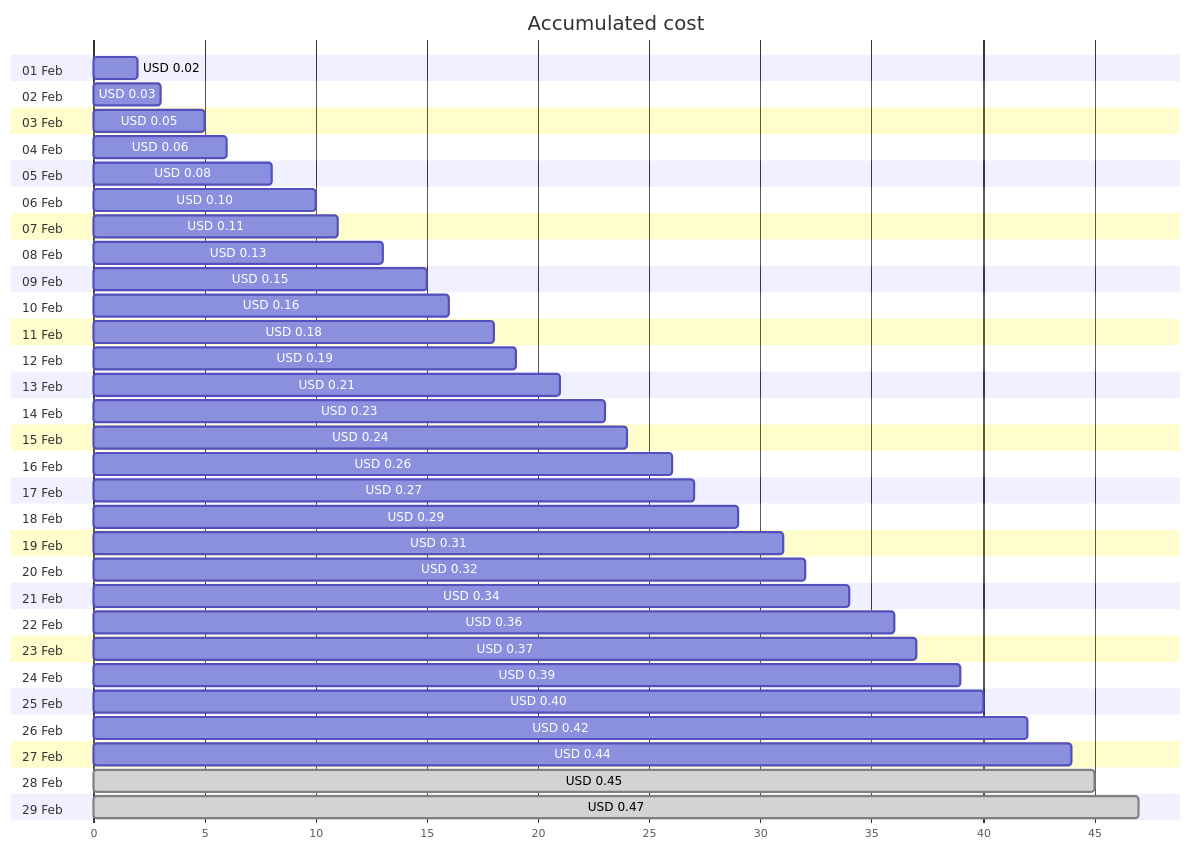
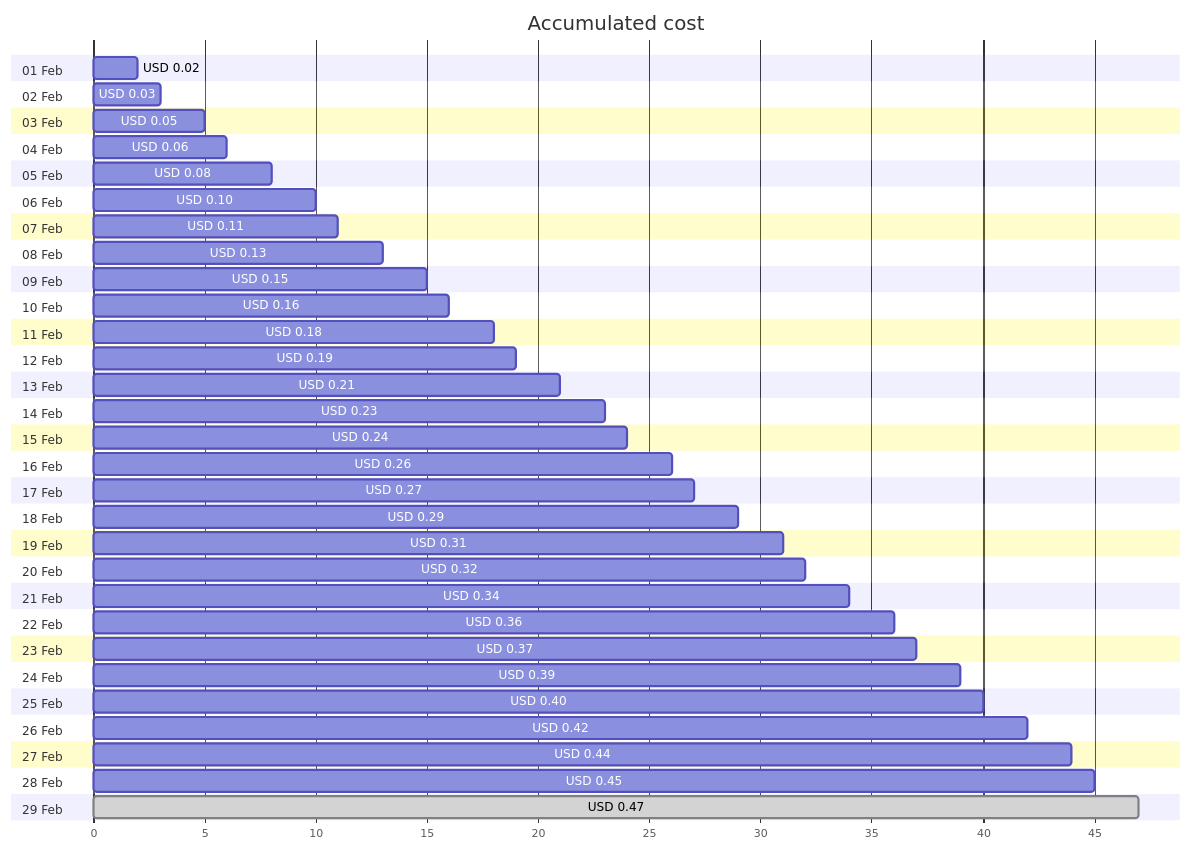
The first of 4 diagrams in cost-reports/personal-network/private.jpatrickfulton.com.md (jpfulton/azure-personal-reports), drawn with Mermaid before and after one commit. The commit also changed other lines of this file and 8 other files, not shown here.

````diff
--- a/cost-reports/personal-network/private.jpatrickfulton.com.md
+++ b/cost-reports/personal-network/private.jpatrickfulton.com.md
@@ -20,64 +20,64 @@
 ```mermaid
 gantt
    title Accumulated cost
    dateFormat  X
    axisFormat %s
    section 01 Feb
    USD 0.02 :0, 2
    section 02 Feb
    USD 0.03 :0, 3
    section 03 Feb
    USD 0.05 :0, 5
    section 04 Feb
    USD 0.06 :0, 6
    section 05 Feb
    USD 0.08 :0, 8
    section 06 Feb
    USD 0.10 :0, 10
    section 07 Feb
    USD 0.11 :0, 11
    section 08 Feb
    USD 0.13 :0, 13
    section 09 Feb
    USD 0.15 :0, 15
    section 10 Feb
    USD 0.16 :0, 16
    section 11 Feb
    USD 0.18 :0, 18
    section 12 Feb
    USD 0.19 :0, 19
    section 13 Feb
    USD 0.21 :0, 21
    section 14 Feb
    USD 0.23 :0, 23
    section 15 Feb
    USD 0.24 :0, 24
    section 16 Feb
    USD 0.26 :0, 26
    section 17 Feb
    USD 0.27 :0, 27
    section 18 Feb
    USD 0.29 :0, 29
    section 19 Feb
    USD 0.31 :0, 31
    section 20 Feb
    USD 0.32 :0, 32
    section 21 Feb
    USD 0.34 :0, 34
    section 22 Feb
    USD 0.36 :0, 36
    section 23 Feb
    USD 0.37 :0, 37
    section 24 Feb
    USD 0.39 :0, 39
    section 25 Feb
    USD 0.40 :0, 40
    section 26 Feb
    USD 0.42 :0, 42
    section 27 Feb
    USD 0.44 :0, 44
    section 28 Feb
-   USD 0.45 : done, 0, 45
+   USD 0.45 :0, 45
    section 29 Feb
    USD 0.47 : done, 0, 47
 ```
````
